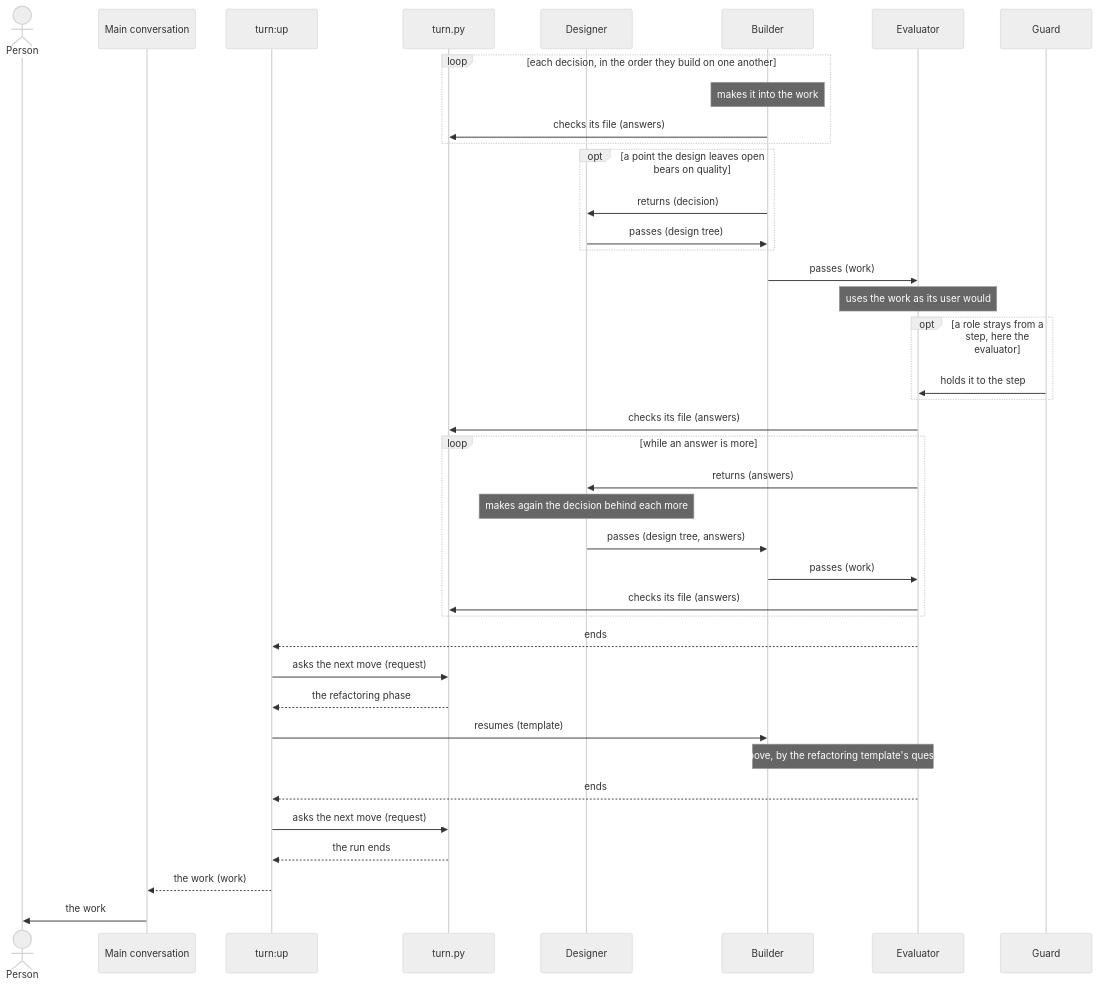
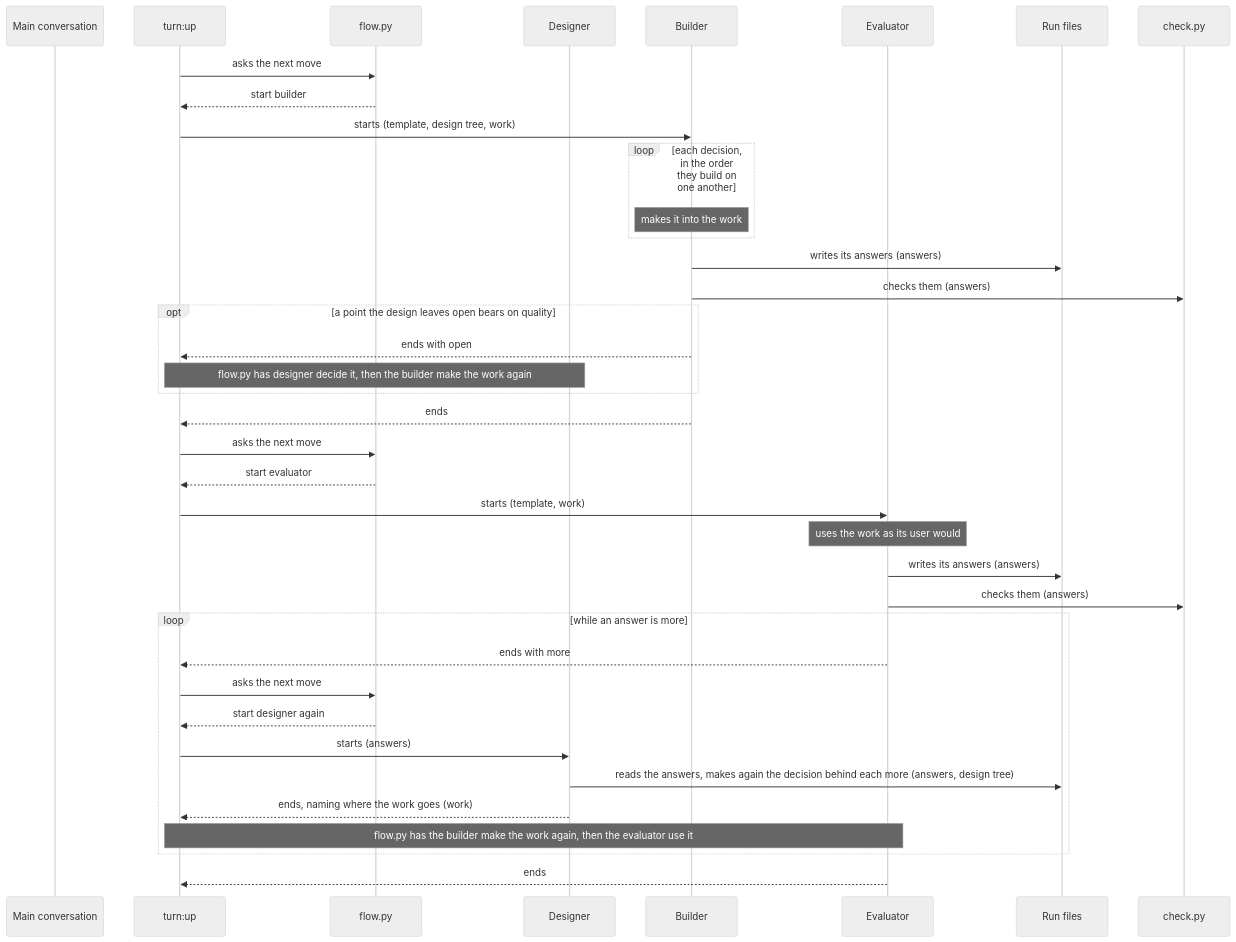
The fourth of 6 diagrams in dev/turn/architecture.md (lovaizu/ccpm), drawn with Mermaid (neutral theme) before and after one commit. The commit also changed other lines of this file and 5 other files, not shown here.

First line of the commit message:
turn's architecture on the template: lane's flow holds the order of planner, designer, builder, evaluator, then refactorer and refactor-evaluator for the refactoring phase, each role started fresh from the run's files; check.py checks only what no lane holds; calling.md says how a caller starts turn

````diff
--- a/dev/turn/architecture.md
+++ b/dev/turn/architecture.md
@@ -238,42 +329,40 @@
 ```mermaid
 sequenceDiagram
-  actor P as Person
   participant M as Main conversation
   participant U as turn:up
-  participant S as turn.py
+  participant F as flow.py
   participant D as Designer
   participant B as Builder
   participant E as Evaluator
-  participant G as Guard
+  participant R as Run files
+  participant C as check.py
+  U->>F: asks the next move
+  F-->>U: start builder
+  U->>B: starts (template, design tree, work)
   loop each decision, in the order they build on one another
     Note over B: makes it into the work
-    B->>S: checks its file (answers)
   end
+  B->>R: writes its answers (answers)
+  B->>C: checks them (answers)
   opt a point the design leaves open bears on quality
-    B->>D: returns (decision)
-    D->>B: passes (design tree)
+    B-->>U: ends with open
+    Note over U,D: flow.py has designer decide it, then the builder make the work again
   end
-  B->>E: passes (work)
+  B-->>U: ends
+  U->>F: asks the next move
+  F-->>U: start evaluator
+  U->>E: starts (template, work)
   Note over E: uses the work as its user would
-  opt a role strays from a step, here the evaluator
-    G->>E: holds it to the step
-  end
-  E->>S: checks its file (answers)
+  E->>R: writes its answers (answers)
+  E->>C: checks them (answers)
   loop while an answer is more
-    E->>D: returns (answers)
-    Note over D: makes again the decision behind each more
-    D->>B: passes (design tree, answers)
-    B->>E: passes (work)
-    E->>S: checks its file (answers)
+    E-->>U: ends with more
+    U->>F: asks the next move
+    F-->>U: start designer again
+    U->>D: starts (answers)
+    D->>R: reads the answers, makes again the decision behind each more (answers, design tree)
+    D-->>U: ends, naming where the work goes (work)
+    Note over U,E: flow.py has the builder make the work again, then the evaluator use it
   end
   E-->>U: ends
-  U->>S: asks the next move (request)
-  S-->>U: the refactoring phase
-  U->>B: resumes (template)
-  Note over B,E: as above, by the refactoring template's questions
-  E-->>U: ends
-  U->>S: asks the next move (request)
-  S-->>U: the run ends
-  U-->>M: the work (work)
-  M->>P: the work
 ```
````
